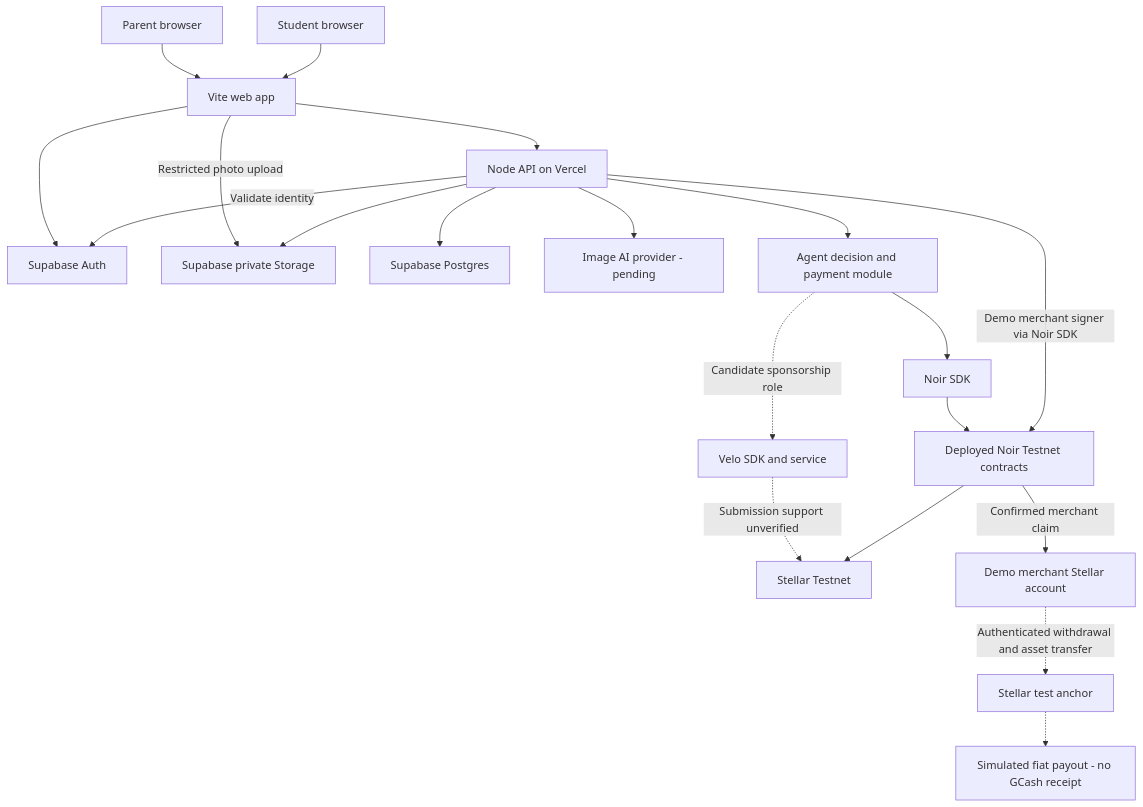
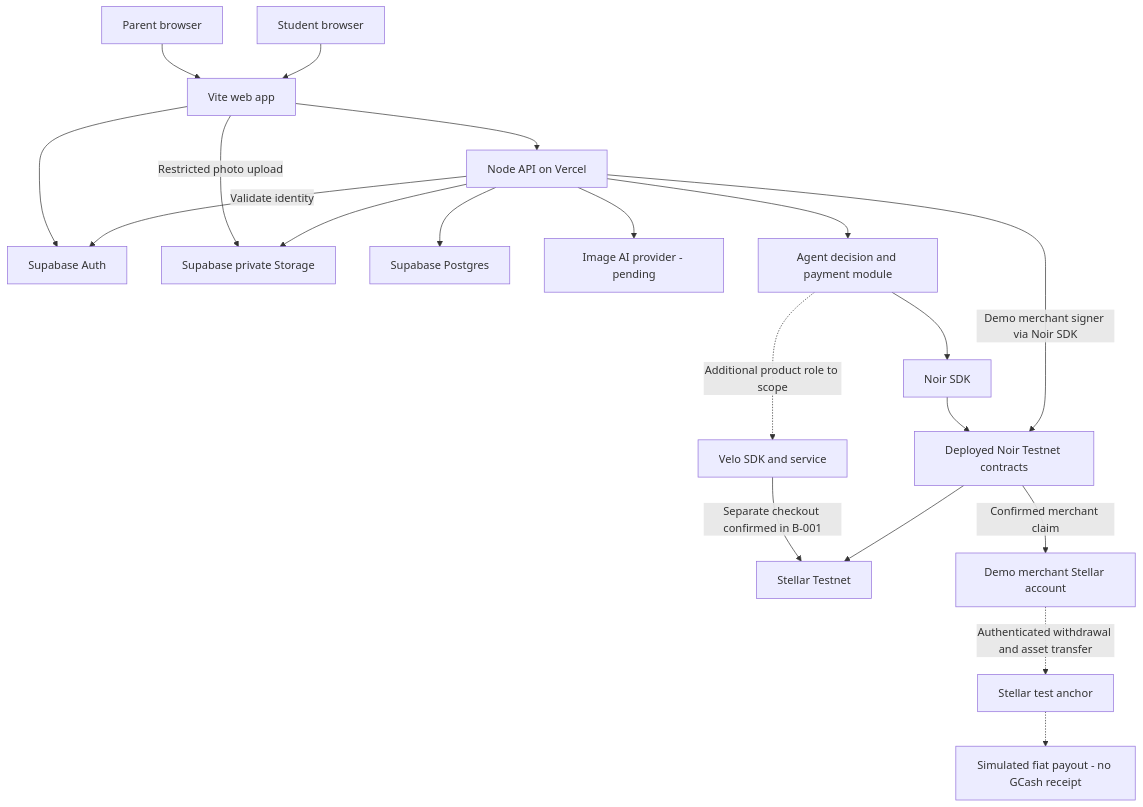
Before and after one commit to DiceTL/PadalaPocket: the first of 2 diagrams in docs/architecture.md, drawn with Mermaid. The commit also changed other lines of this file and 19 other files, not shown here.

First line of the commit message:
feat(api): add protected Noir payment proof and Velo checkout verification

````diff
--- a/docs/architecture.md
+++ b/docs/architecture.md
@@ -29,22 +29,22 @@
 ```mermaid
 flowchart TD
     Parent["Parent browser"] --> Web["Vite web app"]
     Student["Student browser"] --> Web
     Web --> Auth["Supabase Auth"]
     Web --> API["Node API on Vercel"]
     Web -->|"Restricted photo upload"| Storage["Supabase private Storage"]
     API -->|"Validate identity"| Auth
     API --> DB["Supabase Postgres"]
     API --> Storage
     API --> AI["Image AI provider - pending"]
     API --> Agent["Agent decision and payment module"]
     Agent --> NoirSDK["Noir SDK"]
     NoirSDK --> Contracts["Deployed Noir Testnet contracts"]
-    Agent -.->|"Candidate sponsorship role"| Velo["Velo SDK and service"]
-    Velo -.->|"Submission support unverified"| Ledger["Stellar Testnet"]
+    Agent -.->|"Additional product role to scope"| Velo["Velo SDK and service"]
+    Velo -->|"Separate checkout confirmed in B-001"| Ledger["Stellar Testnet"]
     Contracts --> Ledger
     API -->|"Demo merchant signer via Noir SDK"| Contracts
     Contracts -->|"Confirmed merchant claim"| Merchant["Demo merchant Stellar account"]
     Merchant -.->|"Authenticated withdrawal and asset transfer"| Anchor["Stellar test anchor"]
     Anchor -.-> Fiat["Simulated fiat payout - no GCash receipt"]
 ```
````
